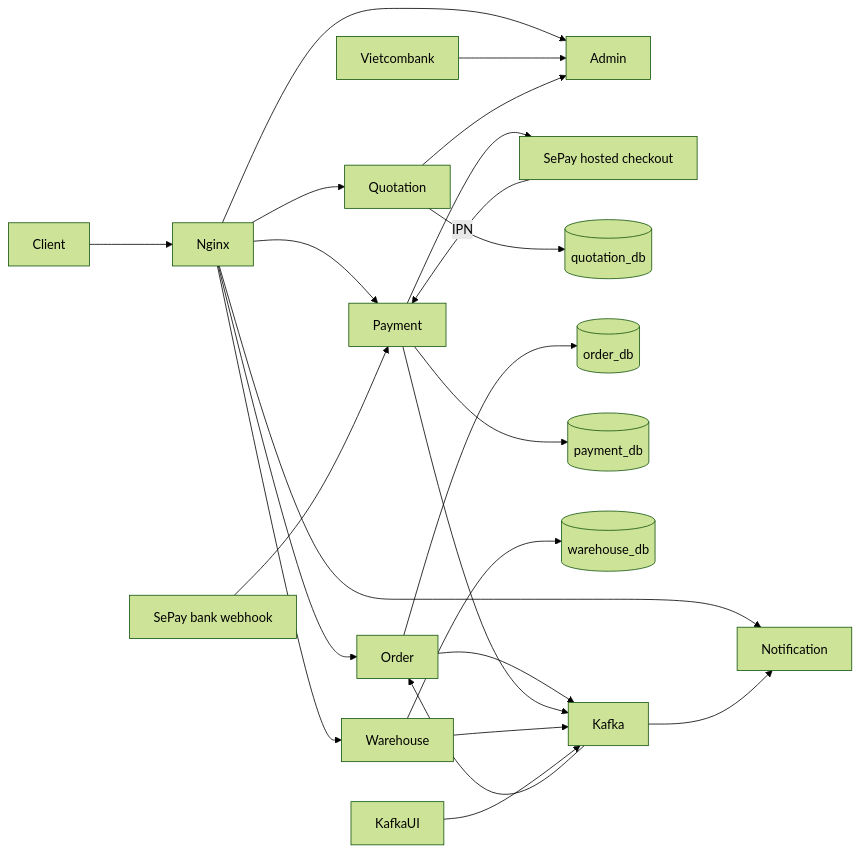
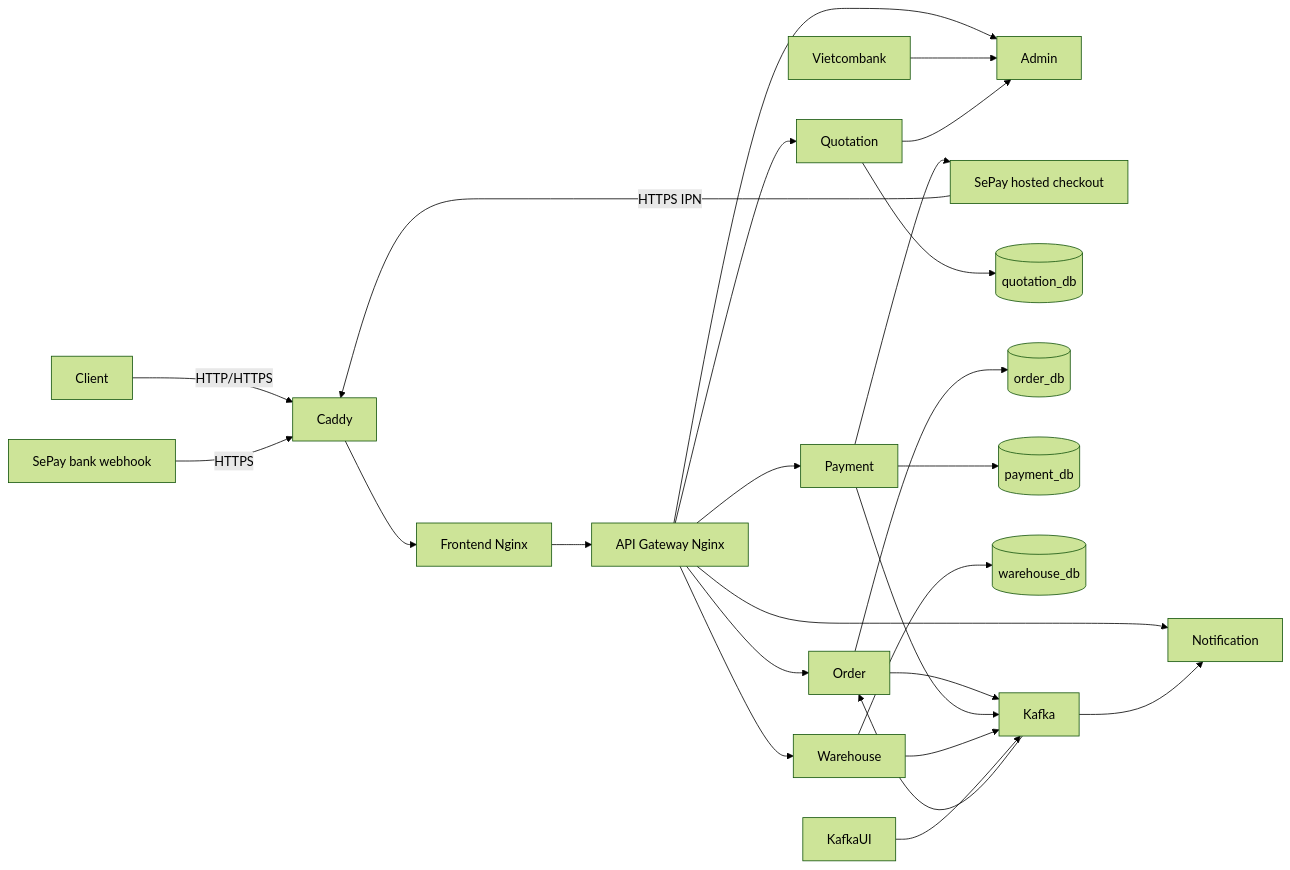
The first of 2 diagrams in docs/architecture.md (kenji-cmyk/cross-border-logistics), drawn with Mermaid (forest theme) before and after one commit. The commit also changed other lines of this file and 9 other files, not shown here.

Commit message:
feat: integrate Caddy for automatic HTTPS and update architecture documentation

````diff
--- a/docs/architecture.md
+++ b/docs/architecture.md
@@ -9,25 +9,27 @@
 ```mermaid
 flowchart LR
-    Client --> Nginx
-    Nginx --> Quotation
-    Nginx --> Order
-    Nginx --> Payment
-    Nginx --> Warehouse
-    Nginx --> Admin
-    Nginx --> Notification
+    Client -->|HTTP/HTTPS| Caddy
+    Caddy --> Frontend[Frontend Nginx]
+    Frontend --> Gateway[API Gateway Nginx]
+    Gateway --> Quotation
+    Gateway --> Order
+    Gateway --> Payment
+    Gateway --> Warehouse
+    Gateway --> Admin
+    Gateway --> Notification
     Vietcombank --> Admin
-    SePayBank[SePay bank webhook] --> Payment
+    SePayBank[SePay bank webhook] -->|HTTPS| Caddy
     Payment --> SePayPG[SePay hosted checkout]
-    SePayPG -->|IPN| Payment
+    SePayPG -->|HTTPS IPN| Caddy
     Quotation --> Admin
     Quotation --> QuotationDB[(quotation_db)]
     Order --> OrderDB[(order_db)]
     Payment --> PaymentDB[(payment_db)]
     Warehouse --> WarehouseDB[(warehouse_db)]
     Order --> Kafka
     Payment --> Kafka
     Warehouse --> Kafka
     Kafka --> Order
     Kafka --> Notification
     KafkaUI --> Kafka
 ```
````
